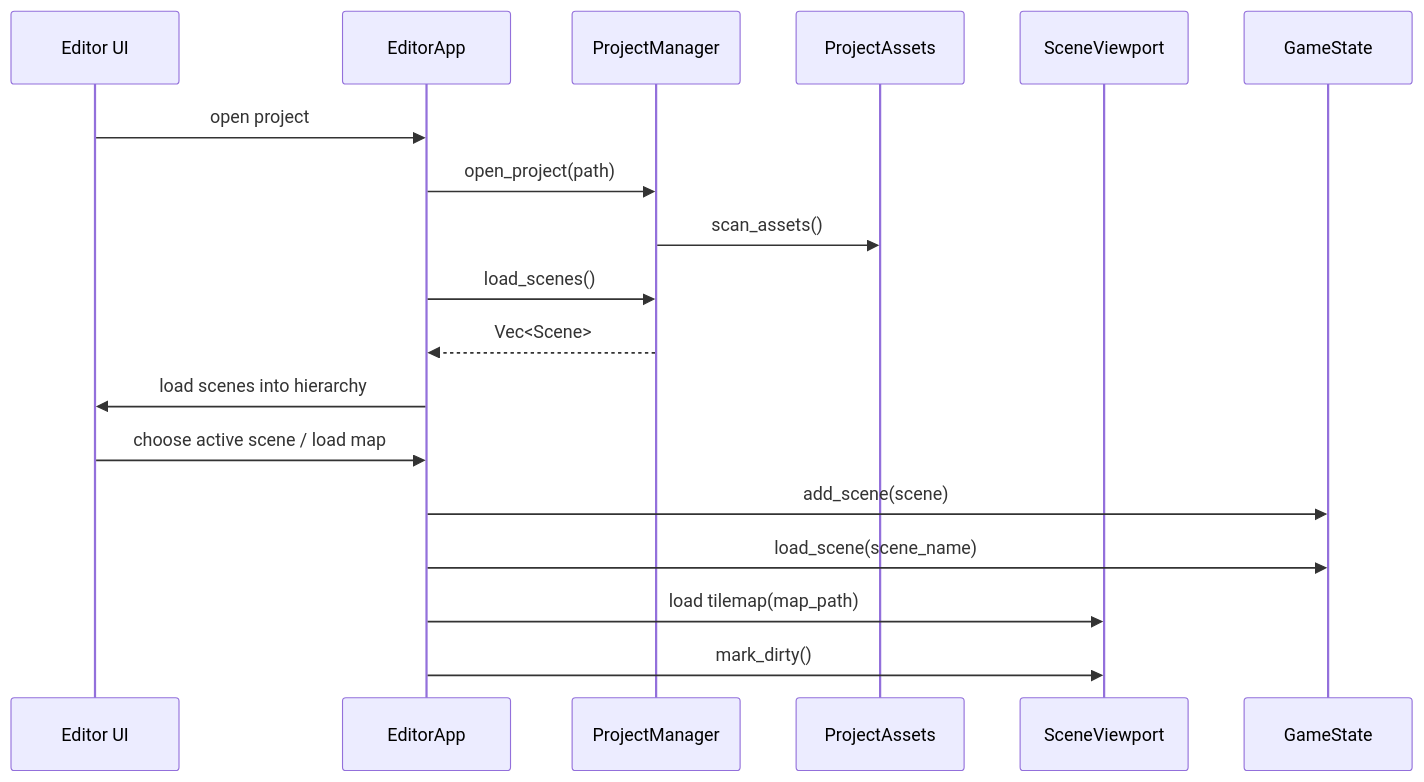
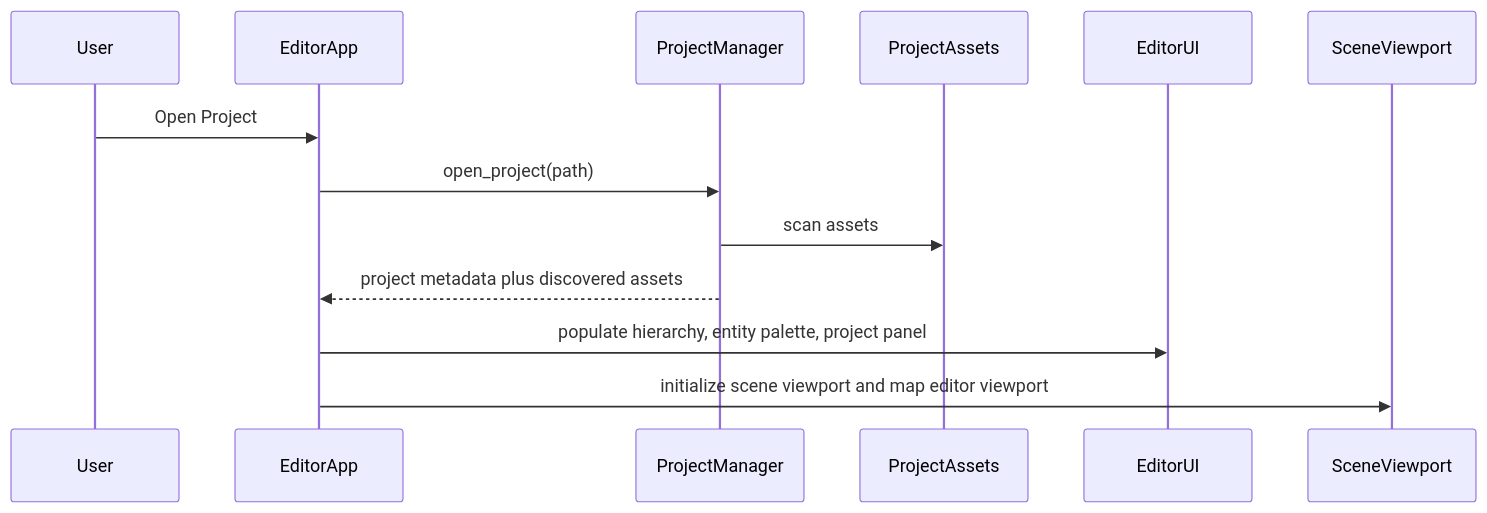
The eighth of 10 diagrams in docs/SDD_SAD.md (daredem0/ToKi), drawn with Mermaid before and after one commit. The commit also changed other lines of this file and 1 other file, not shown here.

````diff
--- a/docs/SDD_SAD.md
+++ b/docs/SDD_SAD.md
@@ -427,21 +453,16 @@
 ```mermaid
 sequenceDiagram
-    participant UI as Editor UI
+    participant U as User
     participant EA as EditorApp
     participant PM as ProjectManager
     participant PA as ProjectAssets
+    participant UI as EditorUI
     participant SV as SceneViewport
-    participant GS as GameState
 
-    UI->>EA: open project
+    U->>EA: Open Project
     EA->>PM: open_project(path)
-    PM->>PA: scan_assets()
-    EA->>PM: load_scenes()
-    PM-->>EA: Vec<Scene>
-    EA->>UI: load scenes into hierarchy
-    UI->>EA: choose active scene / load map
-    EA->>GS: add_scene(scene)
-    EA->>GS: load_scene(scene_name)
-    EA->>SV: load tilemap(map_path)
-    EA->>SV: mark_dirty()
+    PM->>PA: scan assets
+    PM-->>EA: project metadata plus discovered assets
+    EA->>UI: populate hierarchy, entity palette, project panel
+    EA->>SV: initialize scene viewport and map editor viewport
 ```
````
